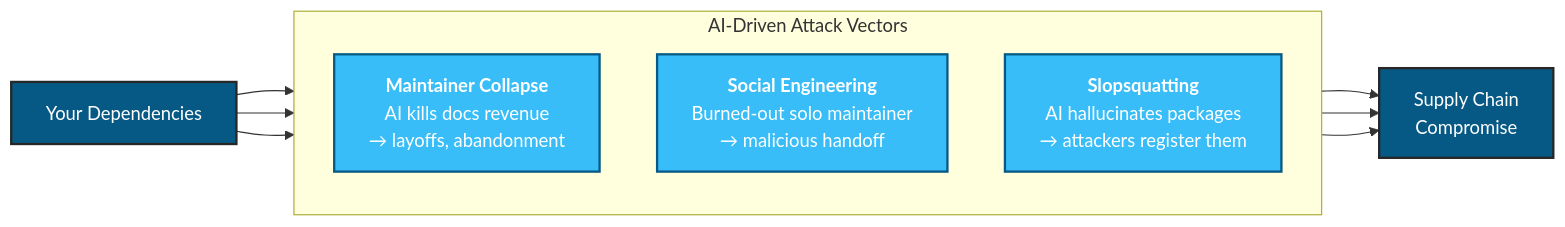
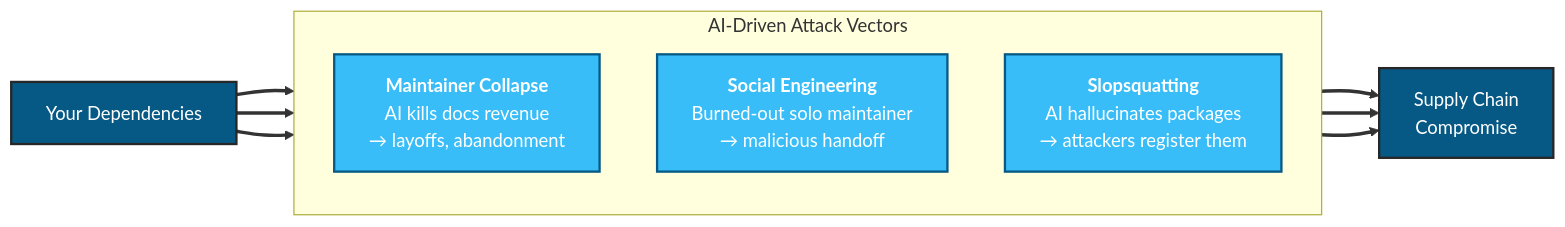
One commit to clouatre-labs/clouatre.ca changed the diagram in src/assets/diagrams/ai-attack-vectors.mmd. Above: the diagram before and after it, drawn with Mermaid. The commit also changed 1 other file, not shown here.

Commit message:
fix: improve arrow clarity in ai-attack-vectors diagram

```diff
--- a/src/assets/diagrams/ai-attack-vectors.mmd
+++ b/src/assets/diagrams/ai-attack-vectors.mmd
@@ -1,24 +1,26 @@
 flowchart LR
     subgraph vectors["AI-Driven Attack Vectors"]
         direction TB
         V1["<b>Maintainer Collapse</b><br/>AI kills docs revenue<br/>→ layoffs, abandonment"]
         V2["<b>Social Engineering</b><br/>Burned-out solo maintainer<br/>→ malicious handoff"]
         V3["<b>Slopsquatting</b><br/>AI hallucinates packages<br/>→ attackers register them"]
     end
 
     DEP["Your Dependencies"]
     RISK["Supply Chain<br/>Compromise"]
 
     DEP --> V1
     DEP --> V2
     DEP --> V3
     V1 --> RISK
     V2 --> RISK
     V3 --> RISK
 
     classDef primary fill:#075985,stroke:#282728,stroke-width:2px,color:#fff
     classDef accent fill:#38bdf8,stroke:#075985,stroke-width:2px,color:#fff
     classDef muted fill:#fdfdfd,stroke:#ece9e9,stroke-width:1px,color:#282728
 
     class DEP,RISK primary
     class V1,V2,V3 accent
+
+    linkStyle default stroke-width:3px
```
